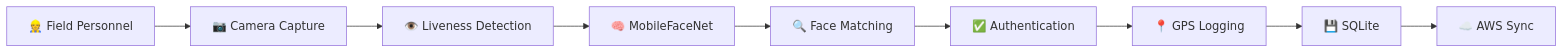
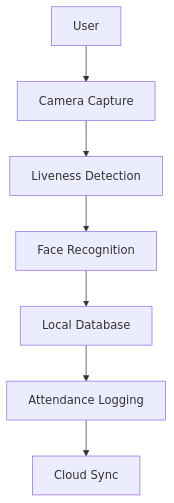
The diagram in README.md (aishide/Pehechaan-NHAI), drawn with Mermaid before and after one commit. The commit also changed other lines of this file, not shown here.

````diff
--- a/README.md
+++ b/README.md
@@ -109,20 +103,9 @@
 ```mermaid
-flowchart LR
-
-A[👷 Field Personnel]
---> B[📷 Camera Capture]
-
-B --> C[👁️ Liveness Detection]
-
-C --> D[🧠 MobileFaceNet]
-
-D --> E[🔍 Face Matching]
-
-E --> F[✅ Authentication]
-
-F --> G[📍 GPS Logging]
-
-G --> H[💾 SQLite]
-
-H --> I[☁️ AWS Sync]
+flowchart TD
+    A[User] --> B[Camera Capture]
+    B --> C[Liveness Detection]
+    C --> D[Face Recognition]
+    D --> E[Local Database]
+    E --> F[Attendance Logging]
+    F --> G[Cloud Sync]
 ```
````
